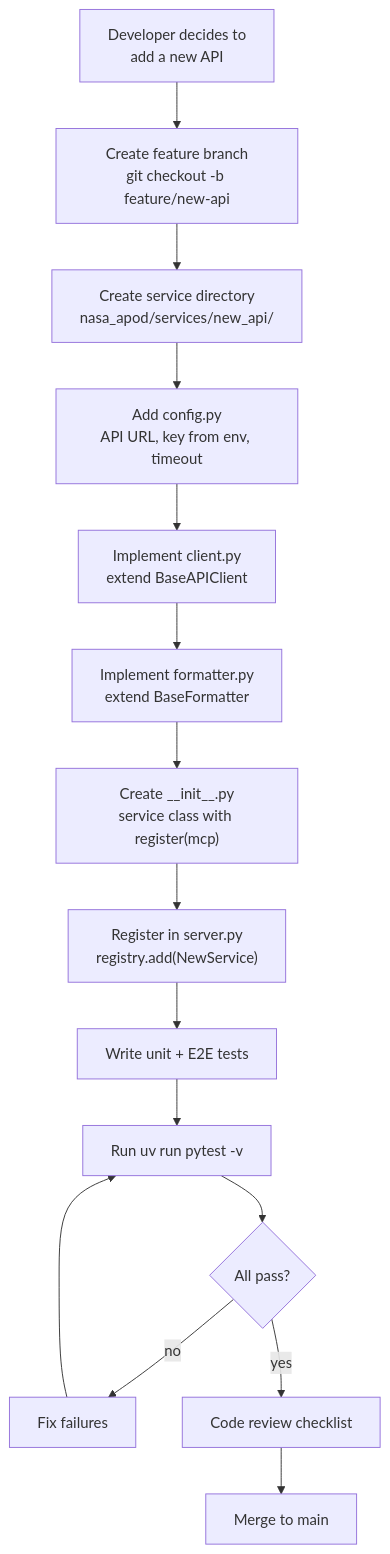
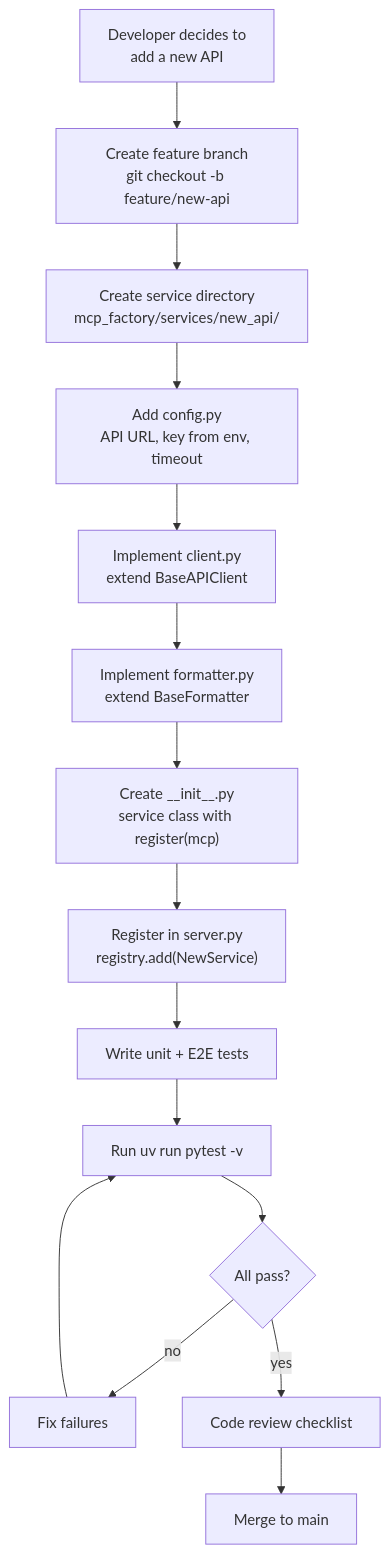
One commit to decagondev/MCP-Factory changed the fifth of 6 diagrams in docs/ARCHITECTURE.md. Above: the diagram before and after it, drawn with Mermaid. The commit also changed other lines of this file and 6 other files, not shown here.

First line of the commit message:
Update documentation and Cursor rules to reference mcp_factory

````diff
--- a/docs/ARCHITECTURE.md
+++ b/docs/ARCHITECTURE.md
@@ -121,16 +121,16 @@
 ```mermaid
 flowchart TD
     Start["Developer decides to<br/>add a new API"] --> Branch["Create feature branch<br/>git checkout -b feature/new-api"]
-    Branch --> Dir["Create service directory<br/>nasa_apod/services/new_api/"]
+    Branch --> Dir["Create service directory<br/>mcp_factory/services/new_api/"]
     Dir --> Config["Add config.py<br/>API URL, key from env, timeout"]
     Config --> ClientImpl["Implement client.py<br/>extend BaseAPIClient"]
     ClientImpl --> Formatter["Implement formatter.py<br/>extend BaseFormatter"]
     Formatter --> Service["Create __init__.py<br/>service class with register(mcp)"]
     Service --> Wire["Register in server.py<br/>registry.add(NewService)"]
     Wire --> Tests["Write unit + E2E tests"]
     Tests --> Run["Run uv run pytest -v"]
     Run --> Pass{"All pass?"}
     Pass -->|"no"| Fix["Fix failures"] --> Run
     Pass -->|"yes"| Review["Code review checklist"]
     Review --> Merge["Merge to main"]
 ```
````
